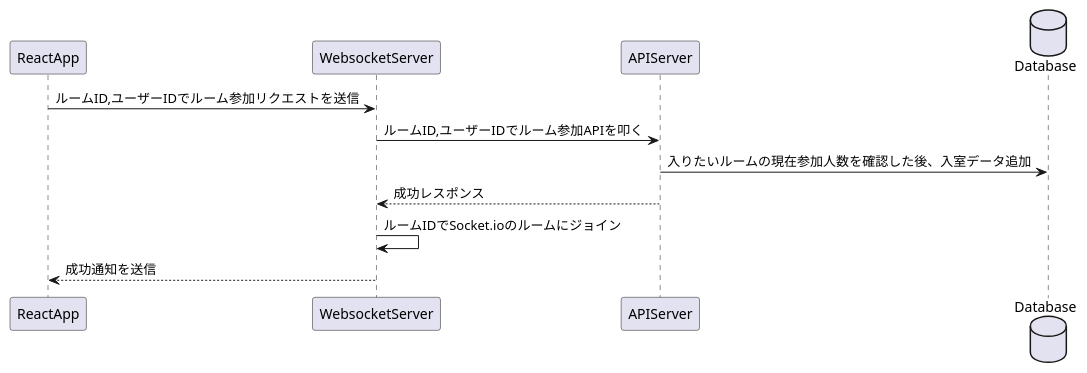
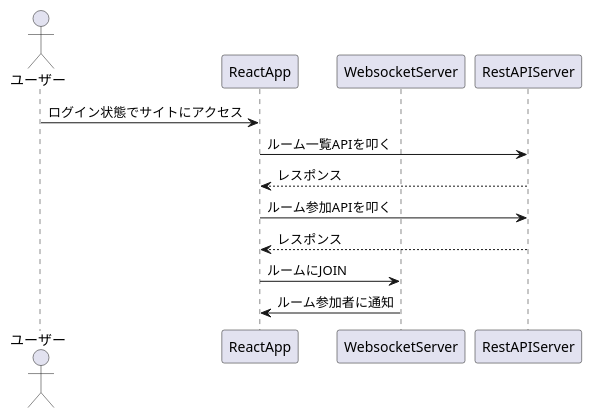
The diagram in websocket/ルーム参加.pu (taniwhy/mochi-match-rest), drawn with PlantUML before and after one commit. The commit also changed 15 other files, not shown here.

```diff
--- a/websocket/ルーム参加.pu
+++ b/websocket/ルーム参加.pu
@@ -1,17 +1,18 @@
 @startuml
+
+actor ユーザー
 
 participant ReactApp
 participant WebsocketServer
-participant APIServer
+participant RestAPIServer
 
-database Database
-
-ReactApp -> WebsocketServer : ルームID,ユーザーIDでルーム参加リクエストを送信
-WebsocketServer -> APIServer : ルームID,ユーザーIDでルーム参加APIを叩く
-APIServer -> Database : 入りたいルームの現在参加人数を確認した後、入室データ追加
-APIServer --> WebsocketServer : 成功レスポンス
-WebsocketServer -> WebsocketServer : ルームIDでSocket.ioのルームにジョイン
-WebsocketServer --> ReactApp : 成功通知を送信
+ユーザー -> ReactApp : ログイン状態でサイトにアクセス
+ReactApp -> RestAPIServer : ルーム一覧APIを叩く
+RestAPIServer --> ReactApp : レスポンス
+ReactApp -> RestAPIServer : ルーム参加APIを叩く
+RestAPIServer --> ReactApp : レスポンス
+ReactApp -> WebsocketServer : ルームにJOIN
+WebsocketServer -> ReactApp : ルーム参加者に通知
 
 
 @enduml
```
